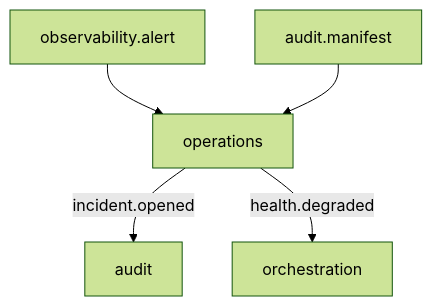
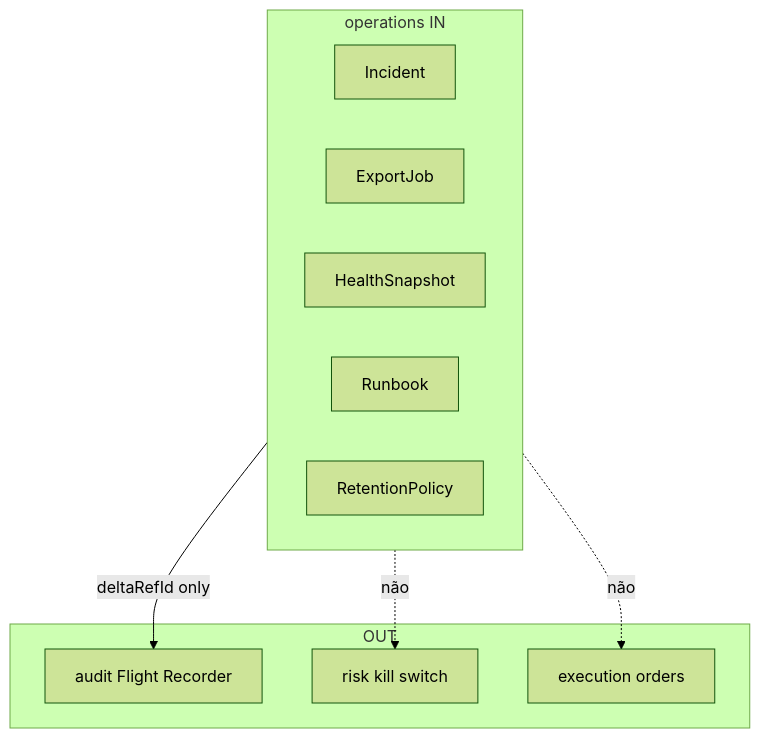
The diagram in docs/orchestration/modules/operations/R02-boundaries.md (jcafeitosa/anxionOS), drawn with Mermaid (forest theme) before and after one commit. The commit also changed other lines of this file and 3 other files, not shown here.

````diff
--- a/docs/orchestration/modules/operations/R02-boundaries.md
+++ b/docs/orchestration/modules/operations/R02-boundaries.md
@@ -36,7 +72,18 @@
 ```mermaid
 flowchart TB
-  obs[observability.alert] --> ops[operations]
-  aud[audit.manifest] --> ops
-  ops -->|incident.opened| aud2[audit]
-  ops -->|health.degraded| orch[orchestration]
+  subgraph inn [operations IN]
+    I[Incident]
+    E[ExportJob]
+    H[HealthSnapshot]
+    R[Runbook]
+    P[RetentionPolicy]
+  end
+  subgraph outt [OUT]
+    AUD[audit Flight Recorder]
+    RSK[risk kill switch]
+    EX[execution orders]
+  end
+  inn -->|deltaRefId only| AUD
+  inn -.->|não| RSK
+  inn -.->|não| EX
 ```
````
